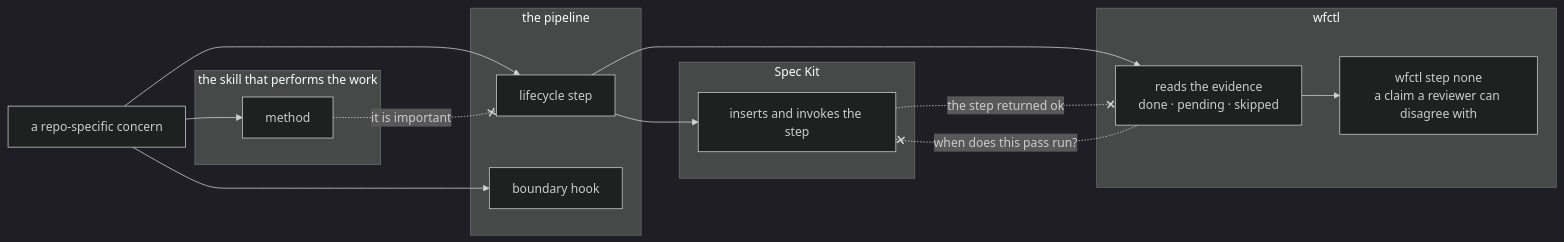
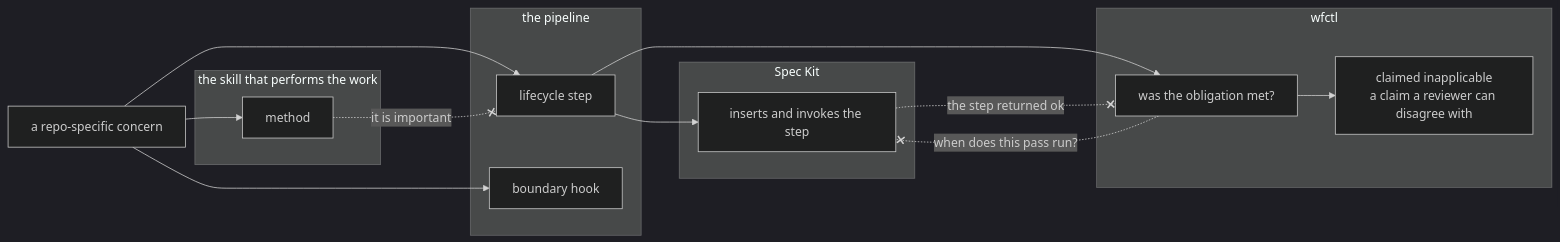
One commit to aamarin/wfctl changed the diagram in docs/architecture/a-repo-concern-earns-a-step-hook-or-method.md. Above: the diagram before and after it, drawn with Mermaid (dark theme). The commit also changed other lines of this file, not shown here.

````diff
--- a/docs/architecture/a-repo-concern-earns-a-step-hook-or-method.md
+++ b/docs/architecture/a-repo-concern-earns-a-step-hook-or-method.md
@@ -108,27 +108,27 @@
 ```mermaid
 flowchart LR
     C["a repo-specific concern"]
     subgraph pipeline["the pipeline"]
         S["lifecycle step"]
         H["boundary hook"]
     end
     subgraph skill["the skill that performs the work"]
         M["method"]
     end
     subgraph speckit["Spec Kit"]
         I["inserts and invokes the step"]
     end
     subgraph wfctl["wfctl"]
-        E["reads the evidence<br>done · pending · skipped"]
-        N["wfctl step none<br>a claim a reviewer can disagree with"]
+        E["was the obligation met?"]
+        N["claimed inapplicable<br>a claim a reviewer can disagree with"]
     end
     C --> S
     C --> H
     C --> M
     S --> I
     S --> E
     E --> N
     I -. "the step returned ok" .-x E
     M -. "it is important" .-x S
     E -. "when does this pass run?" .-x I
 ```
````
